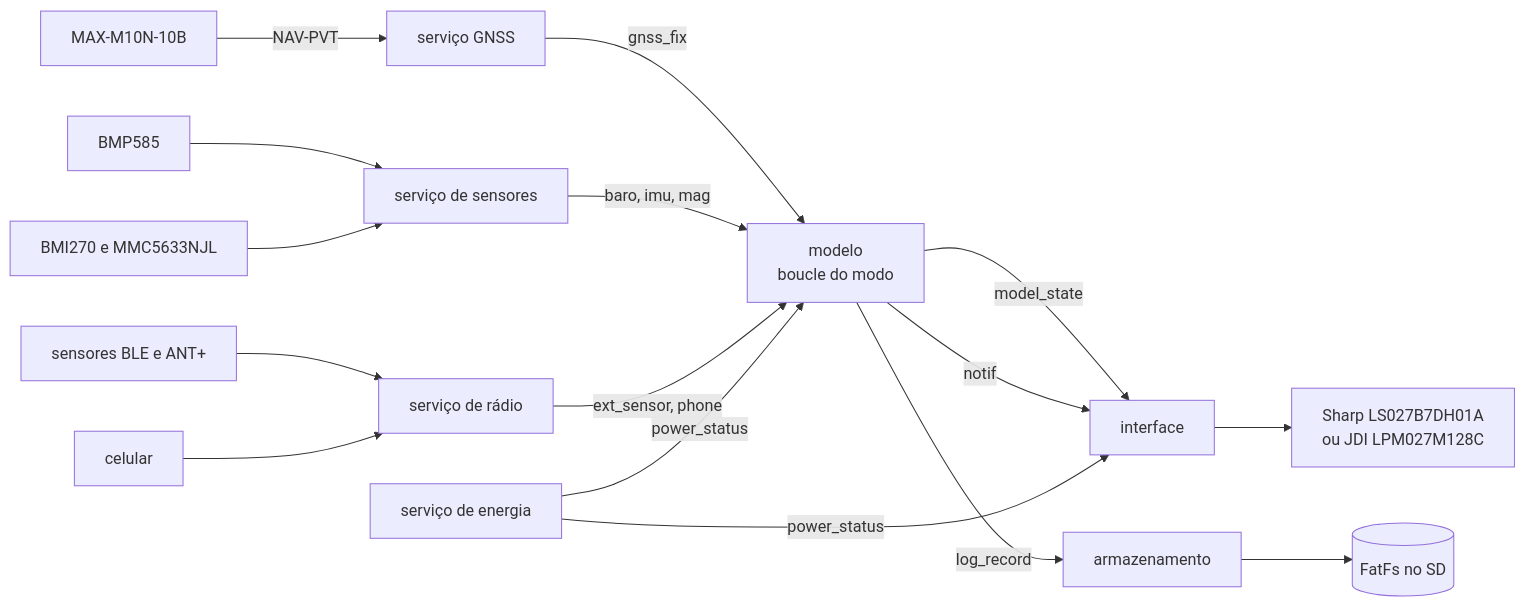
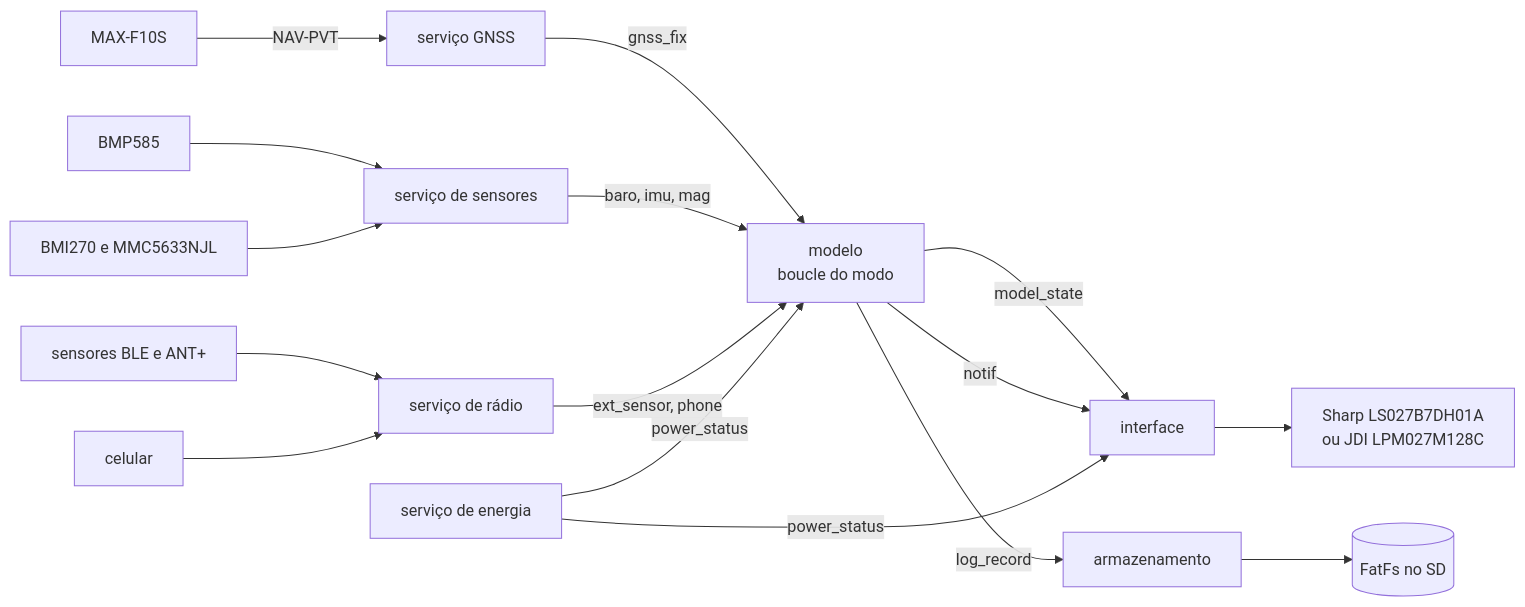
Before and after one commit to Guiimartinho/gnss-bike-computer: the second of 13 diagrams in docs/16-arquitetura-firmware.md, drawn with Mermaid. The commit also changed other lines of this file and 23 other files, not shown here.

````diff
--- a/docs/16-arquitetura-firmware.md
+++ b/docs/16-arquitetura-firmware.md
@@ -124,18 +124,18 @@
 ```mermaid
 flowchart LR
-    GNSSM["MAX-M10N-10B"] -->|"NAV-PVT"| GS["serviço GNSS"]
+    GNSSM["MAX-F10S"] -->|"NAV-PVT"| GS["serviço GNSS"]
     BARO["BMP585"] --> SS["serviço de sensores"]
     IMU["BMI270 e MMC5633NJL"] --> SS
     EXT["sensores BLE e ANT+"] --> RS["serviço de rádio"]
     PHONE["celular"] --> RS
     GS -->|"gnss_fix"| MOD["modelo<br/>boucle do modo"]
     SS -->|"baro, imu, mag"| MOD
     RS -->|"ext_sensor, phone"| MOD
     MOD -->|"model_state"| UI["interface"]
     MOD -->|"log_record"| ST["armazenamento"]
     MOD -->|"notif"| UI
     PS["serviço de energia"] -->|"power_status"| UI
     PS -->|"power_status"| MOD
     ST --> FS[("FatFs no SD")]
     UI --> LCD["Sharp LS027B7DH01A<br/>ou JDI LPM027M128C"]
 ```
````
